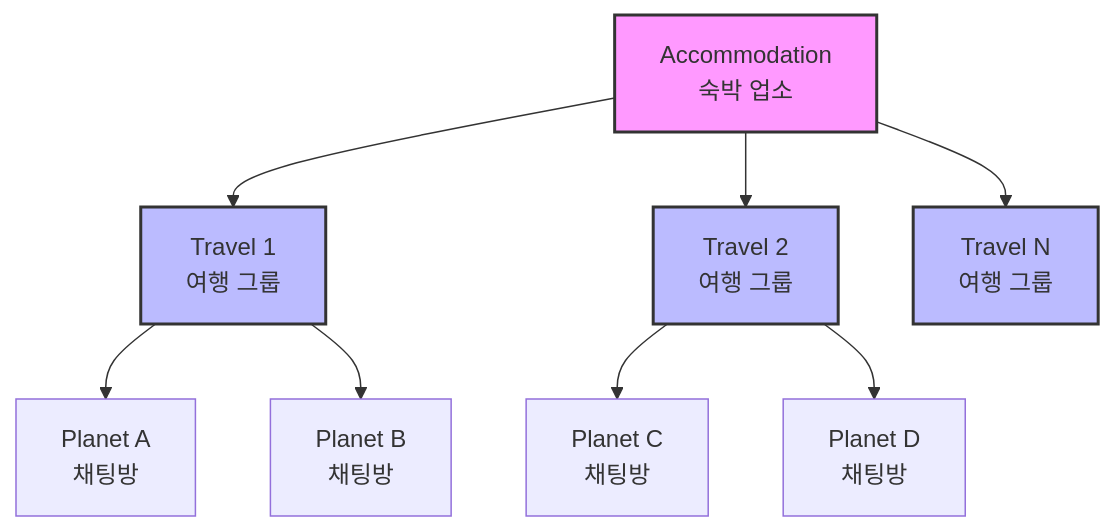
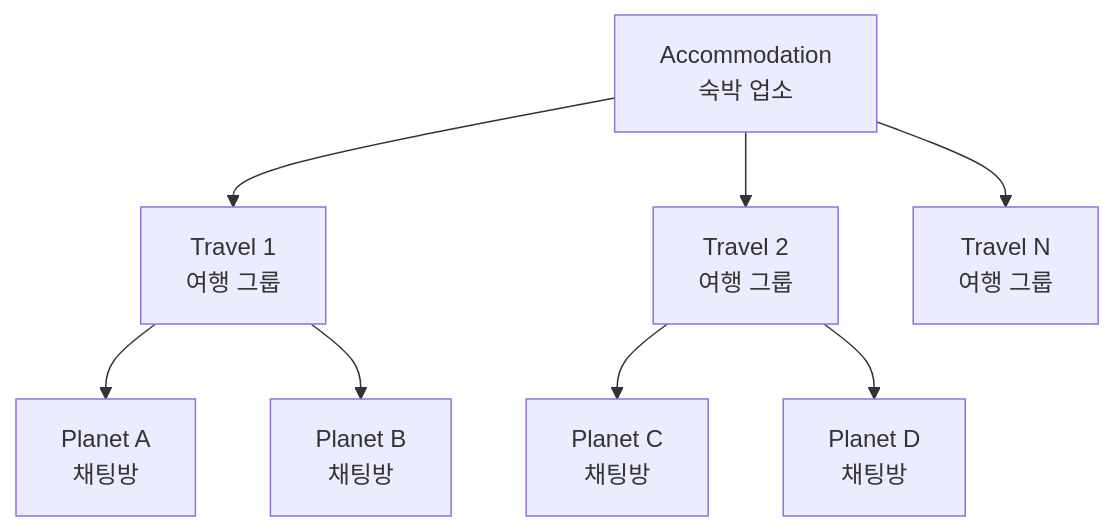
One commit to maximizest/connecto-nest changed diagram 40 of 43 in .md/flow.md. Above: the diagram before and after it, drawn with Mermaid.

Commit message:
채팅방 플로우 문서 수정: 불필요한 스타일 관련 코드를 제거하여 문서의 가독성을 향상시킴. 채팅방 구조를 명확히 하고, 불필요한 요소를 정리하여 문서의 일관성을 유지함.

````diff
--- a/.md/flow.md
+++ b/.md/flow.md
@@ -1455,17 +1455,12 @@
 ```mermaid
 graph TD
     A[Accommodation<br/>숙박 업소] --> B[Travel 1<br/>여행 그룹]
     A --> C[Travel 2<br/>여행 그룹]
     A --> D[Travel N<br/>여행 그룹]
     
     B --> E[Planet A<br/>채팅방]
     B --> F[Planet B<br/>채팅방]
     
     C --> G[Planet C<br/>채팅방]
     C --> H[Planet D<br/>채팅방]
-    
-    style A fill:#f9f,stroke:#333,stroke-width:2px
-    style B fill:#bbf,stroke:#333,stroke-width:2px
-    style C fill:#bbf,stroke:#333,stroke-width:2px
-    style D fill:#bbf,stroke:#333,stroke-width:2px
 ```
````
